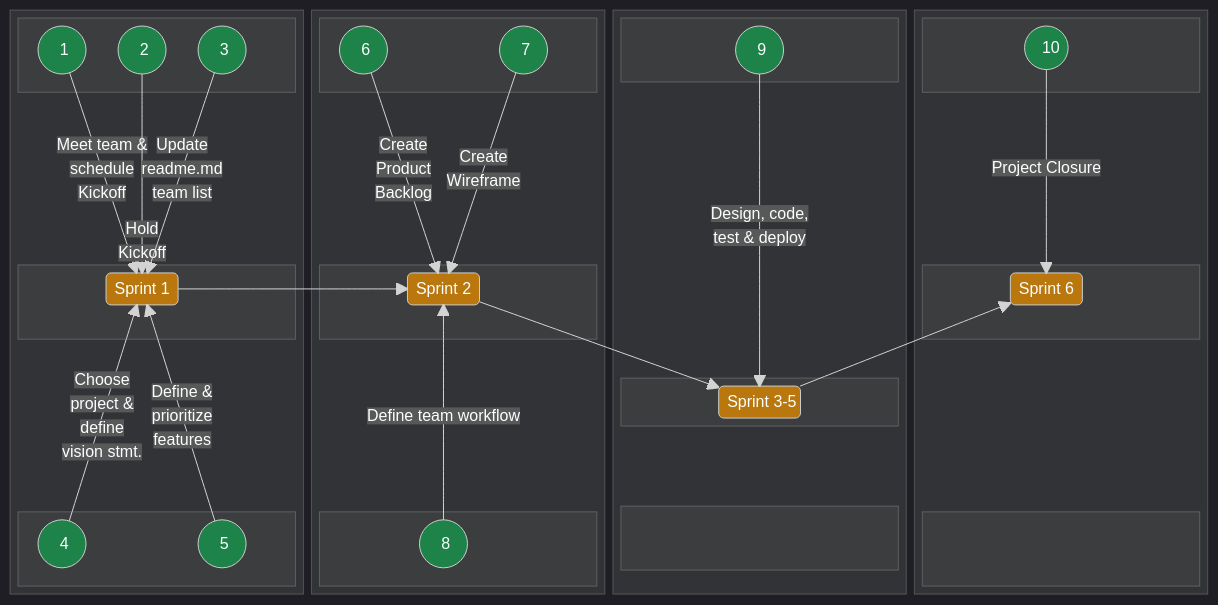
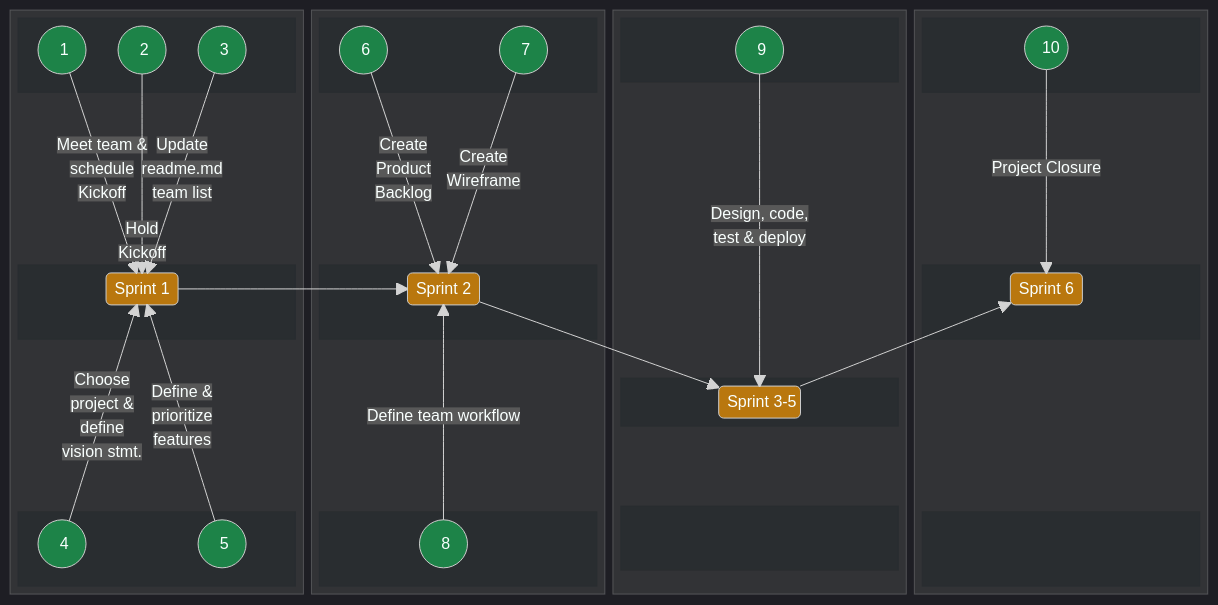
One commit to chingu-voyages/Handbook changed the second of 2 diagrams in docs/guides/voyage/voyage.md. Above: the diagram before and after it, drawn with Mermaid.

Commit message:
Feature: Add How Voyage Works Mermaid diagram

```diff
--- a/docs/guides/voyage/voyage.md
+++ b/docs/guides/voyage/voyage.md
@@ -372,7 +372,20 @@
     SPRINT2 --> SPRINTS35
     SPRINTS35 --> SPRINT6
 
-      style A1 fill:#1d8348
+    style B1TOP stroke:#292d30,fill:#292d30
+    style B1CENTER stroke:#292d30,fill:#292d30
+    style B1BOTTOM stroke:#292d30,fill:#292d30
+    style B2TOP stroke:#292d30,fill:#292d30
+    style B2CENTER stroke:#292d30,fill:#292d30
+    style B2BOTTOM stroke:#292d30,fill:#292d30
+    style B3TOP stroke:#292d30,fill:#292d30
+    style B3CENTER stroke:#292d30,fill:#292d30
+    style B3BOTTOM stroke:#292d30,fill:#292d30
+    style B4TOP stroke:#292d30,fill:#292d30
+    style B4CENTER stroke:#292d30,fill:#292d30
+    style B4BOTTOM stroke:#292d30,fill:#292d30
+        
+    style A1 fill:#1d8348
     style A2 fill:#1d8348
     style A3 fill:#1d8348
     style A4 fill:#1d8348
```
